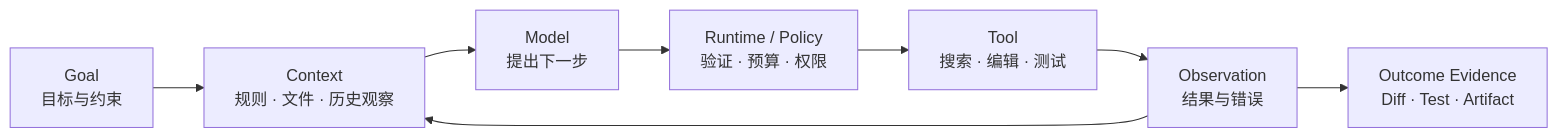
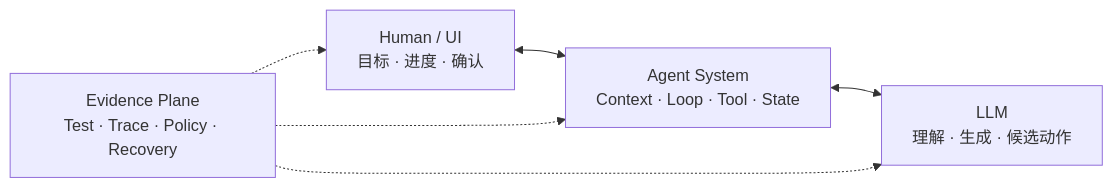
Before and after one commit to whatthehan/masterpiece-static-docs: the diagram in site/01-导读/01-如何阅读这本书.md, drawn with Mermaid. The commit also changed other lines of this file and 165 other files, not shown here.

````diff
--- a/site/01-导读/01-如何阅读这本书.md
+++ b/site/01-导读/01-如何阅读这本书.md
@@ -13,10 +13,8 @@
 ```mermaid
 flowchart LR
-    G["Goal<br/>目标与约束"] --> C["Context<br/>规则 · 文件 · 历史观察"]
-    C --> M["Model<br/>提出下一步"]
-    M --> V["Runtime / Policy<br/>验证 · 预算 · 权限"]
-    V --> T["Tool<br/>搜索 · 编辑 · 测试"]
-    T --> O["Observation<br/>结果与错误"]
-    O --> C
-    O --> E["Outcome Evidence<br/>Diff · Test · Artifact"]
+    U["Human / UI<br/>目标 · 进度 · 确认"] <--> A["Agent System<br/>Context · Loop · Tool · State"]
+    A <--> M["LLM<br/>理解 · 生成 · 候选动作"]
+    E["Evidence Plane<br/>Test · Trace · Policy · Recovery"] -.-> U
+    E -.-> A
+    E -.-> M
 ```
````
